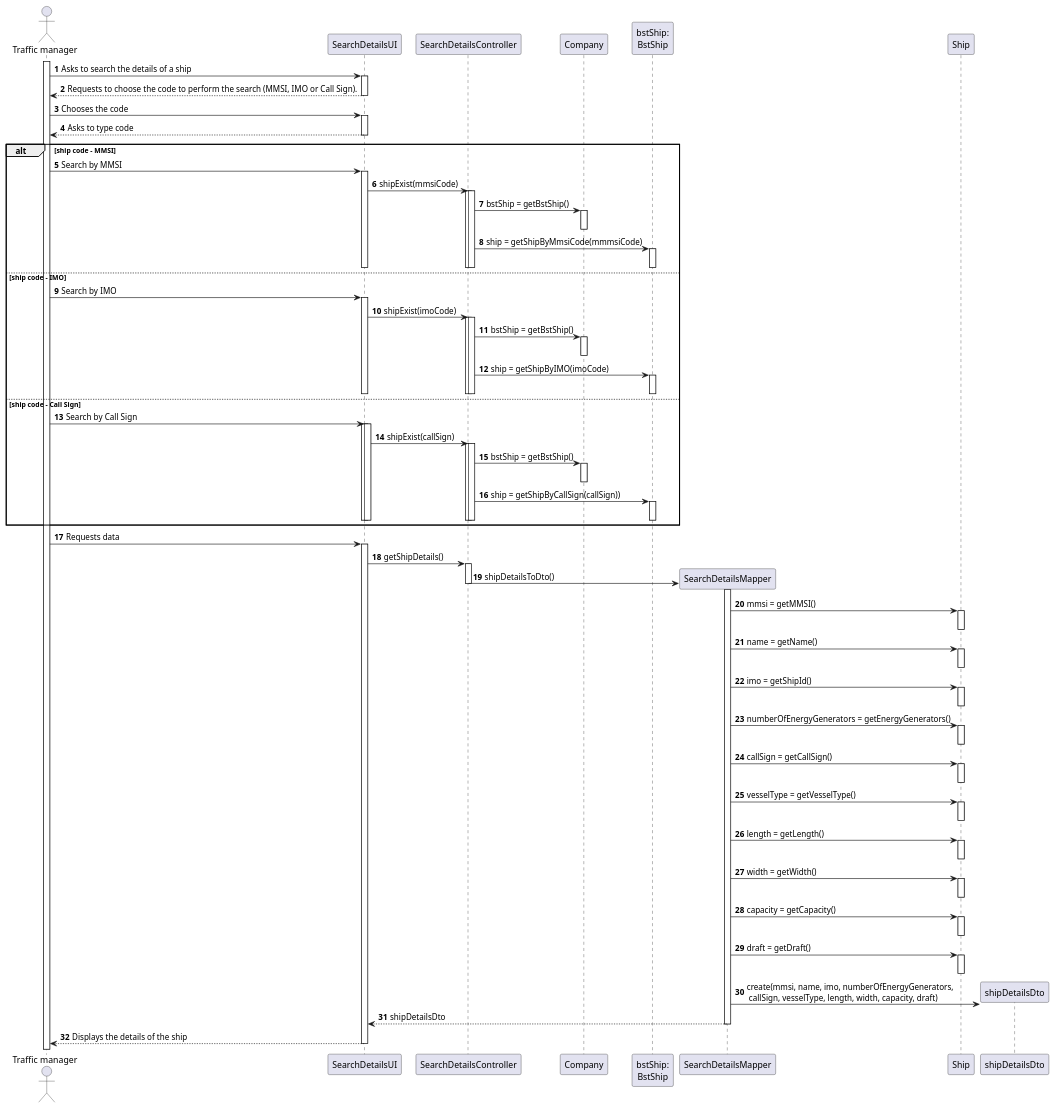
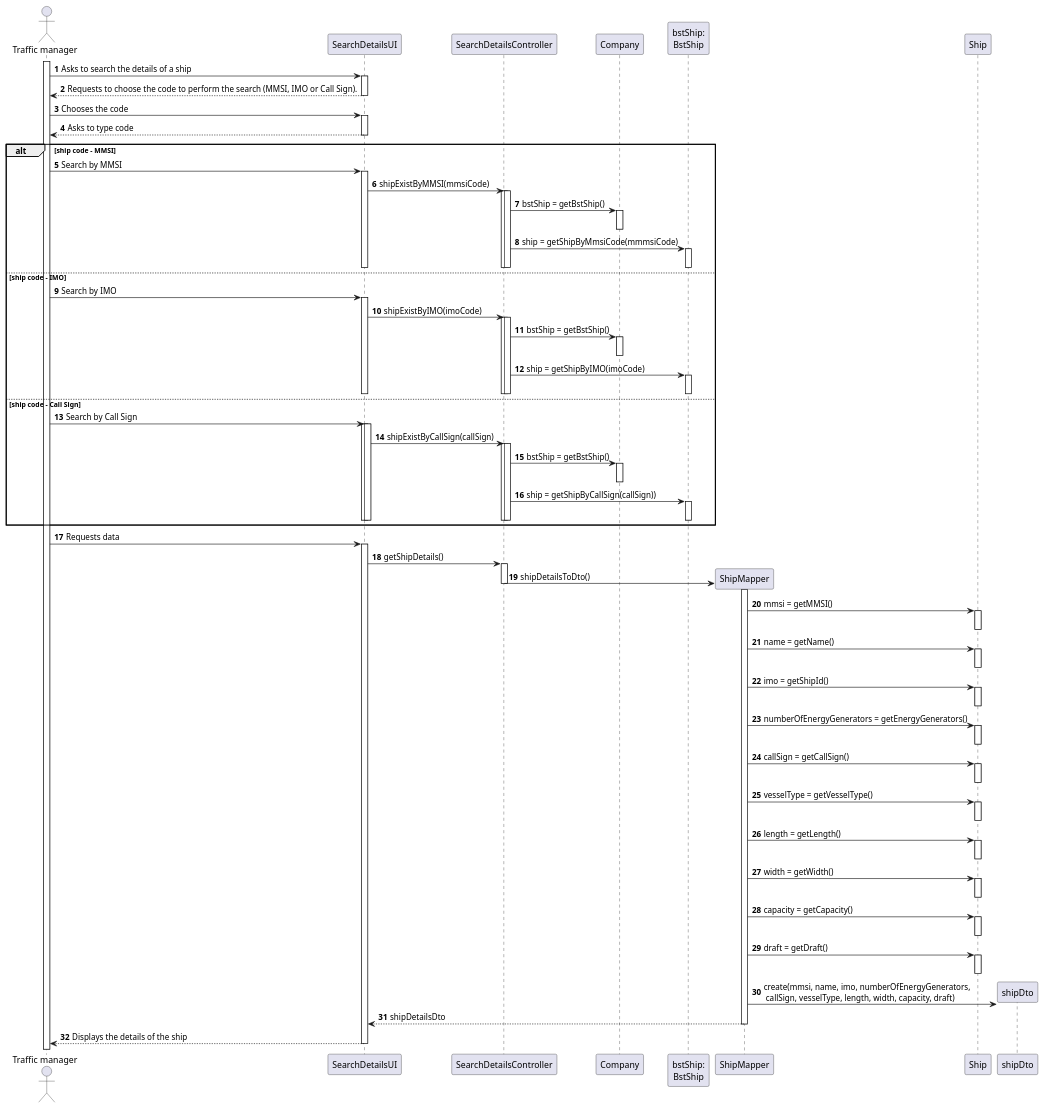
One commit to 0franciscor/lapr3-2021-g042 changed the diagram in docs/US102/US102_SD.puml. Above: the diagram before and after it, drawn with PlantUML. The commit also changed 4 other files, not shown here.

Commit message:
G42-71 #time 1h30 #comment Implementation of  ShipDto and ShipMapper and SearchDetailsController classes. Adding methods to the BstShip class.

```diff
--- a/docs/US102/US102_SD.puml
+++ b/docs/US102/US102_SD.puml
@@ -1,122 +1,122 @@
 @startuml
 autonumber
 
 actor "Traffic manager" as manager
 participant "SearchDetailsUI" as sdUI
 participant "SearchDetailsController" as sdCTRL
 participant "Company" as COMP
 participant "bstShip:\nBstShip" as BstShip
-participant "SearchDetailsMapper" as sdMAPPER
+participant "ShipMapper" as SMAPPER
 participant "Ship" as SHIP
 participant "Ship" as SHIP
-participant "shipDetailsDto" as SHIPDETDTO
+participant "shipDto" as SHIPDTO
 
 
 activate manager
 manager -> sdUI : Asks to search the details of a ship
 activate sdUI
 sdUI --> manager : Requests to choose the code to perform the search (MMSI, IMO or Call Sign).
 deactivate sdUI
 
 manager -> sdUI : Chooses the code
 activate sdUI
 sdUI --> manager : Asks to type code
 deactivate sdUI
 
 alt ship code - MMSI
 manager -> sdUI  : Search by MMSI
 activate sdUI
-sdUI-> sdCTRL: shipExist(mmsiCode)
+sdUI-> sdCTRL: shipExistByMMSI(mmsiCode)
 activate sdCTRL
 activate sdCTRL
 sdCTRL -> COMP : bstShip = getBstShip()
 activate COMP
 deactivate COMP
 sdCTRL -> BstShip : ship = getShipByMmsiCode(mmmsiCode)
 activate BstShip
 deactivate BstShip
 deactivate sdCTRL
 deactivate sdCTRL
 deactivate sdUI
 
 else ship code - IMO
 manager -> sdUI  : Search by IMO
 activate sdUI
-sdUI-> sdCTRL: shipExist(imoCode)
+sdUI-> sdCTRL: shipExistByIMO(imoCode)
 activate sdCTRL
 activate sdCTRL
 sdCTRL -> COMP : bstShip = getBstShip()
 activate COMP
 deactivate COMP
 sdCTRL -> BstShip : ship = getShipByIMO(imoCode)
 activate BstShip
 deactivate BstShip
 deactivate sdCTRL
 deactivate sdCTRL
 deactivate sdUI
 deactivate sdUI
 
 else ship code - Call Sign
 manager -> sdUI : Search by Call Sign
 activate sdUI
 activate sdUI
-sdUI-> sdCTRL: shipExist(callSign)
+sdUI-> sdCTRL: shipExistByCallSign(callSign)
 activate sdCTRL
 activate sdCTRL
 sdCTRL -> COMP : bstShip = getBstShip()
 activate COMP
 deactivate COMP
 sdCTRL -> BstShip : ship = getShipByCallSign(callSign))
 activate BstShip
 deactivate BstShip
 deactivate sdCTRL
 deactivate sdCTRL
 deactivate sdUI
 deactivate sdUI
 end
 
 
 manager -> sdUI : Requests data
 activate sdUI
 sdUI -> sdCTRL : getShipDetails()
 activate sdCTRL
-sdCTRL-> sdMAPPER** : shipDetailsToDto()
+sdCTRL-> SMAPPER** : shipDetailsToDto()
 deactivate sdCTRL
-activate sdMAPPER
-sdMAPPER -> SHIP : mmsi = getMMSI()
+activate SMAPPER
+SMAPPER -> SHIP : mmsi = getMMSI()
 activate SHIP
 deactivate SHIP
-sdMAPPER -> SHIP : name = getName()
+SMAPPER -> SHIP : name = getName()
 activate SHIP
 deactivate SHIP
-sdMAPPER -> SHIP : imo = getShipId()
+SMAPPER -> SHIP : imo = getShipId()
 activate SHIP
 deactivate SHIP
-sdMAPPER -> SHIP : numberOfEnergyGenerators = getEnergyGenerators()
+SMAPPER -> SHIP : numberOfEnergyGenerators = getEnergyGenerators()
 activate SHIP
 deactivate SHIP
-sdMAPPER -> SHIP : callSign = getCallSign()
+SMAPPER -> SHIP : callSign = getCallSign()
 activate SHIP
 deactivate SHIP
-sdMAPPER -> SHIP : vesselType = getVesselType()
+SMAPPER -> SHIP : vesselType = getVesselType()
 activate SHIP
 deactivate SHIP
-sdMAPPER -> SHIP : length = getLength()
+SMAPPER -> SHIP : length = getLength()
 activate SHIP
 deactivate SHIP
-sdMAPPER -> SHIP : width = getWidth()
+SMAPPER -> SHIP : width = getWidth()
 activate SHIP
 deactivate SHIP
-sdMAPPER -> SHIP : capacity = getCapacity()
+SMAPPER -> SHIP : capacity = getCapacity()
 activate SHIP
 deactivate SHIP
-sdMAPPER -> SHIP : draft = getDraft()
+SMAPPER -> SHIP : draft = getDraft()
 activate SHIP
 deactivate SHIP
-sdMAPPER -> SHIPDETDTO** : create(mmsi, name, imo, numberOfEnergyGenerators,\n callSign, vesselType, length, width, capacity, draft)
-sdMAPPER --> sdUI : shipDetailsDto
-deactivate sdMAPPER
+SMAPPER -> SHIPDTO** : create(mmsi, name, imo, numberOfEnergyGenerators,\n callSign, vesselType, length, width, capacity, draft)
+SMAPPER --> sdUI : shipDetailsDto
+deactivate SMAPPER
 sdUI --> manager : Displays the details of the ship
 deactivate sdUI
 
 @enduml
```
